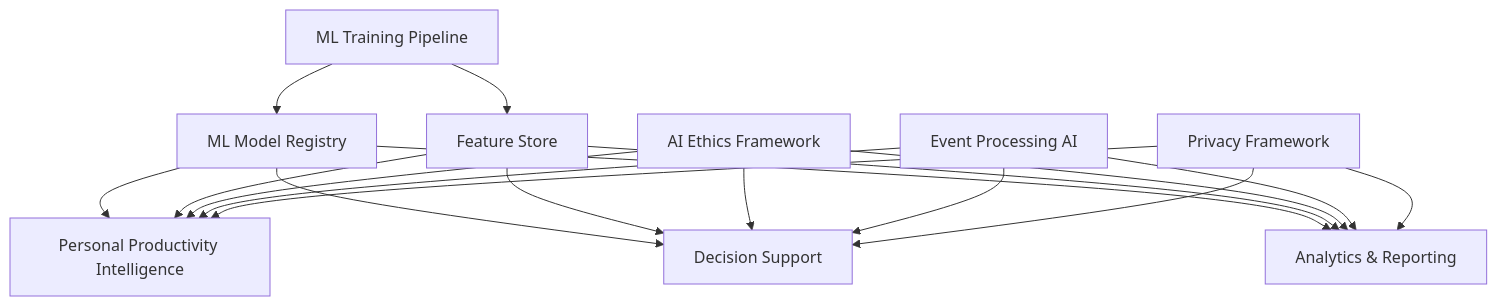
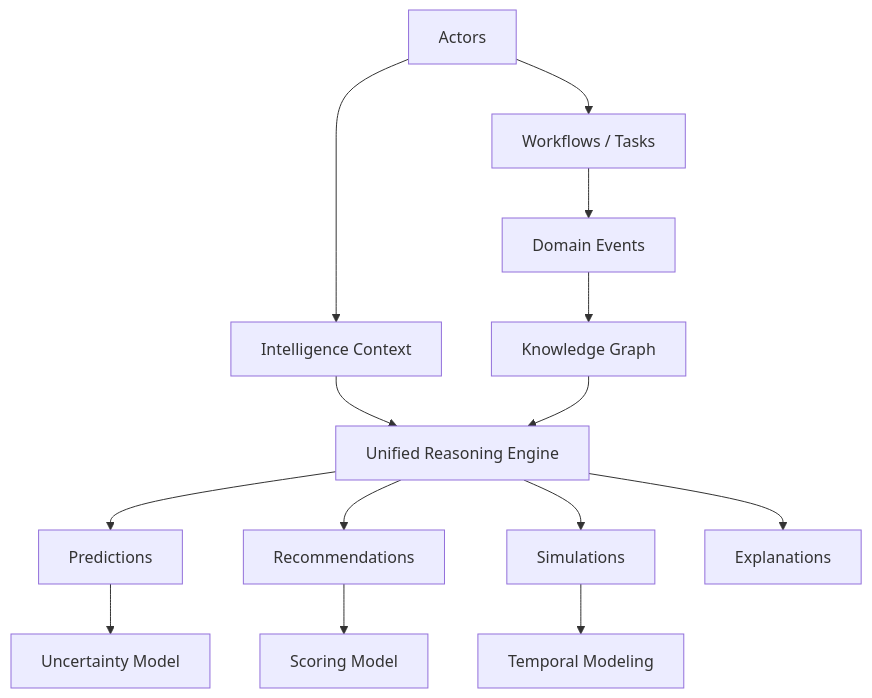
One commit to anuj-noumena/nouassist changed the seventh of 46 diagrams in Docs/Requirement/DomainSpecification/IntelligenceStrategy.md. Above: the diagram before and after it, drawn with Mermaid. The commit also changed other lines of this file and 134 other files, not shown here.

Commit message:
domain model updates

````diff
--- a/Docs/Requirement/DomainSpecification/IntelligenceStrategy.md
+++ b/Docs/Requirement/DomainSpecification/IntelligenceStrategy.md
@@ -2540,25 +901,17 @@
 ```mermaid
 graph TD
-    A[ML Model Registry] --> B[Personal Productivity Intelligence]
-    A --> C[Decision Support]
-    A --> D[Analytics & Reporting]
-    
-    E[Feature Store] --> B
-    E --> C
-    E --> D
-    
-    F[ML Training Pipeline] --> A
-    F --> E
-    
-    G[AI Ethics Framework] --> B
-    G --> C
-    G --> D
-    
-    H[Event Processing AI] --> B
-    H --> C
-    H --> D
-    
-    I[Privacy Framework] --> B
-    I --> C
-    I --> D
+
+    A[Actors] --> B[Intelligence Context]
+    B --> C[Unified Reasoning Engine]
+    C --> D[Predictions]
+    C --> E[Recommendations]
+    C --> F[Simulations]
+    C --> G[Explanations]
+    D --> H[Uncertainty Model]
+    E --> I[Scoring Model]
+    F --> J[Temporal Modeling]
+    A --> K[Workflows / Tasks]
+    K --> L[Domain Events]
+    L --> M[Knowledge Graph]
+    M --> C
 ```
````
